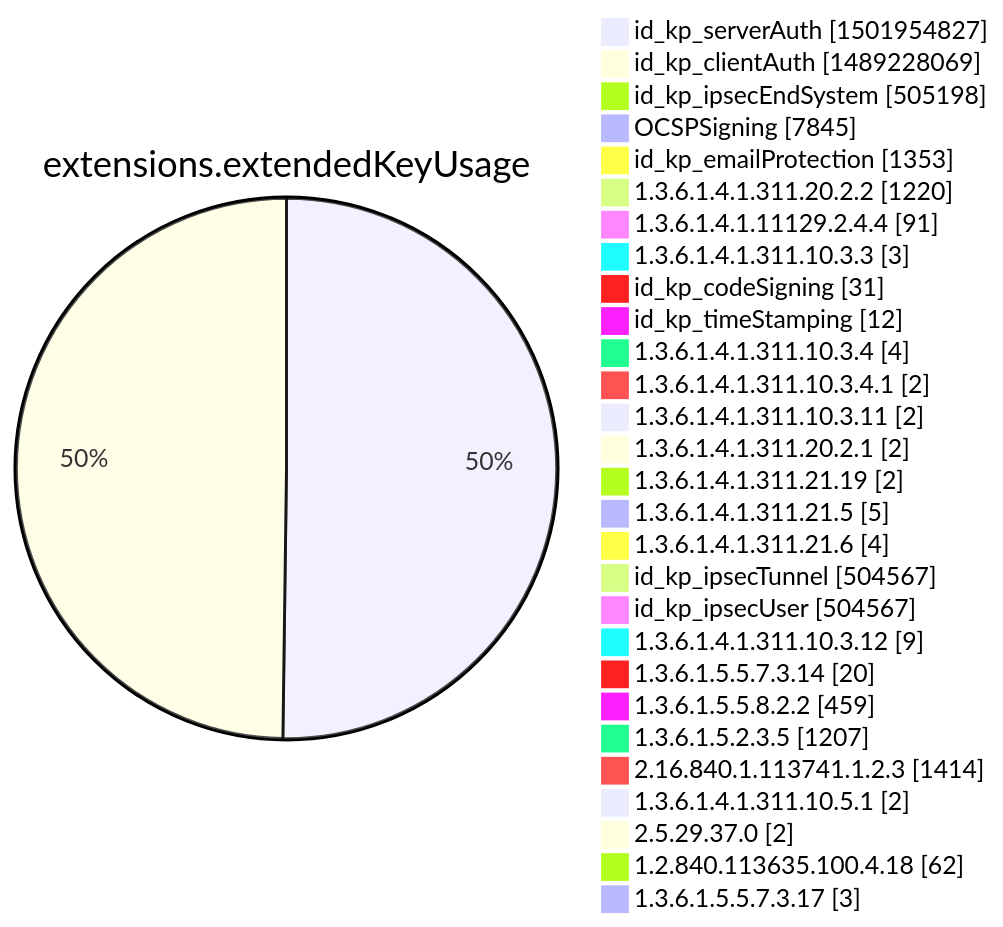
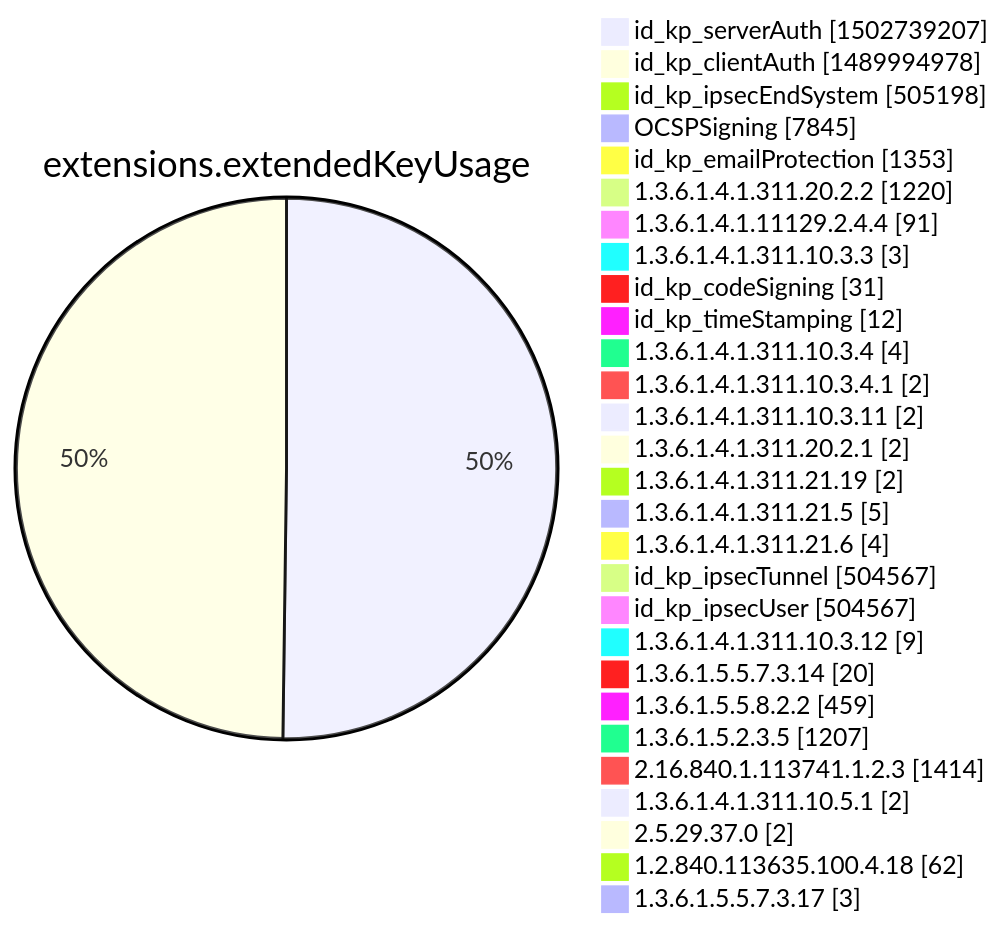
One commit to christiankrug/ctmonitor_visualization changed diagram 12 of 15 in xenon2022/README.md. Above: the diagram before and after it, drawn with Mermaid. The commit also changed other lines of this file, not shown here.

````diff
--- a/xenon2022/README.md
+++ b/xenon2022/README.md
@@ -3875,32 +3875,32 @@
 ```mermaid
 pie showData
 title extensions.extendedKeyUsage
-"id_kp_serverAuth" :1501954827
-"id_kp_clientAuth" :1489228069
+"id_kp_serverAuth" :1502739207
+"id_kp_clientAuth" :1489994978
 "id_kp_ipsecEndSystem" :505198
 "OCSPSigning" :7845
 "id_kp_emailProtection" :1353
 "1.3.6.1.4.1.311.20.2.2" :1220
 "1.3.6.1.4.1.11129.2.4.4" :91
 "1.3.6.1.4.1.311.10.3.3" :3
 "id_kp_codeSigning" :31
 "id_kp_timeStamping" :12
 "1.3.6.1.4.1.311.10.3.4" :4
 "1.3.6.1.4.1.311.10.3.4.1" :2
 "1.3.6.1.4.1.311.10.3.11" :2
 "1.3.6.1.4.1.311.20.2.1" :2
 "1.3.6.1.4.1.311.21.19" :2
 "1.3.6.1.4.1.311.21.5" :5
 "1.3.6.1.4.1.311.21.6" :4
 "id_kp_ipsecTunnel" :504567
 "id_kp_ipsecUser" :504567
 "1.3.6.1.4.1.311.10.3.12" :9
 "1.3.6.1.5.5.7.3.14" :20
 "1.3.6.1.5.5.8.2.2" :459
 "1.3.6.1.5.2.3.5" :1207
 "2.16.840.1.113741.1.2.3" :1414
 "1.3.6.1.4.1.311.10.5.1" :2
 "2.5.29.37.0" :2
 "1.2.840.113635.100.4.18" :62
 "1.3.6.1.5.5.7.3.17" :3
 ```
````
